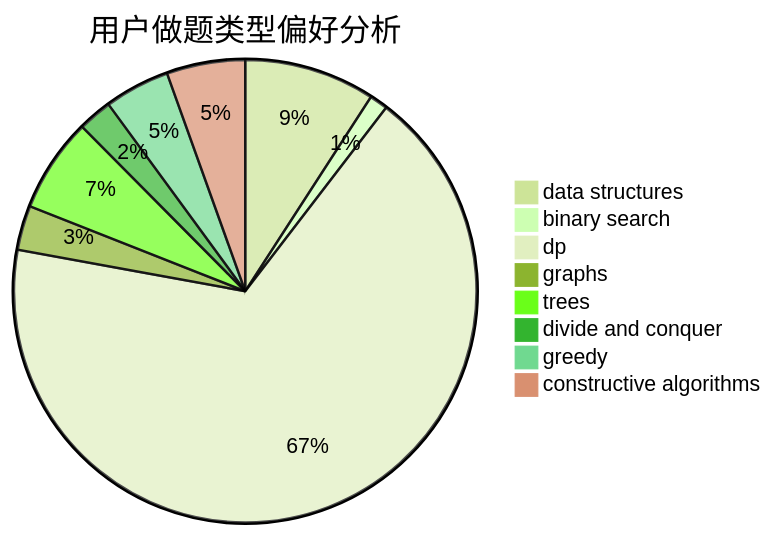
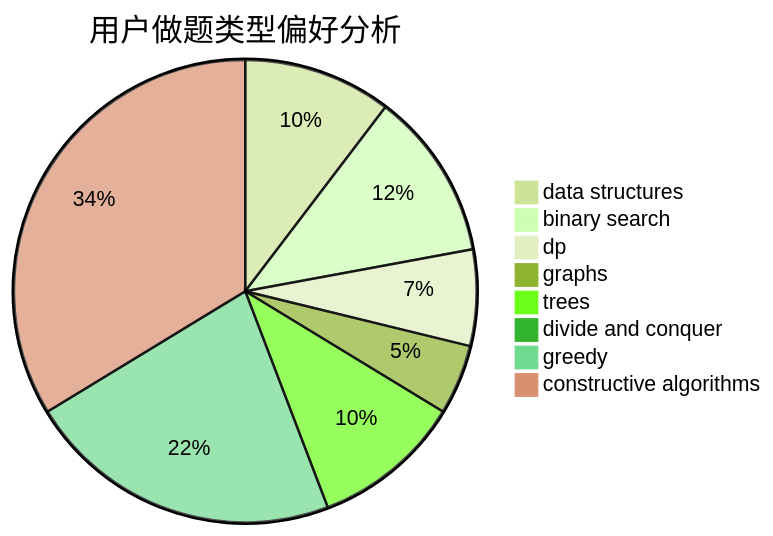
The second of 3 diagrams in docs/user/u1234.md (sherpahu/cfrs.github.io), drawn with Mermaid (forest theme) before and after one commit. The commit also changed other lines of this file and 2770 other files, not shown here.

````diff
--- a/docs/user/u1234.md
+++ b/docs/user/u1234.md
@@ -23,11 +23,11 @@
 ```mermaid
 pie title 用户做题类型偏好分析
-    "data structures" :  50
-    "binary search" :  7
-    "dp" :  369
-    "graphs" :  17
-    "trees" :  36
-    "divide and conquer" :  13
-    "greedy" :  25
-    "constructive algorithms" :  30
+    "data structures" :  74
+    "binary search" :  84
+    "dp" :  48
+    "graphs" :  35
+    "trees" :  75
+    "divide and conquer" :  1
+    "greedy" :  158
+    "constructive algorithms" :  241
 ```
````
